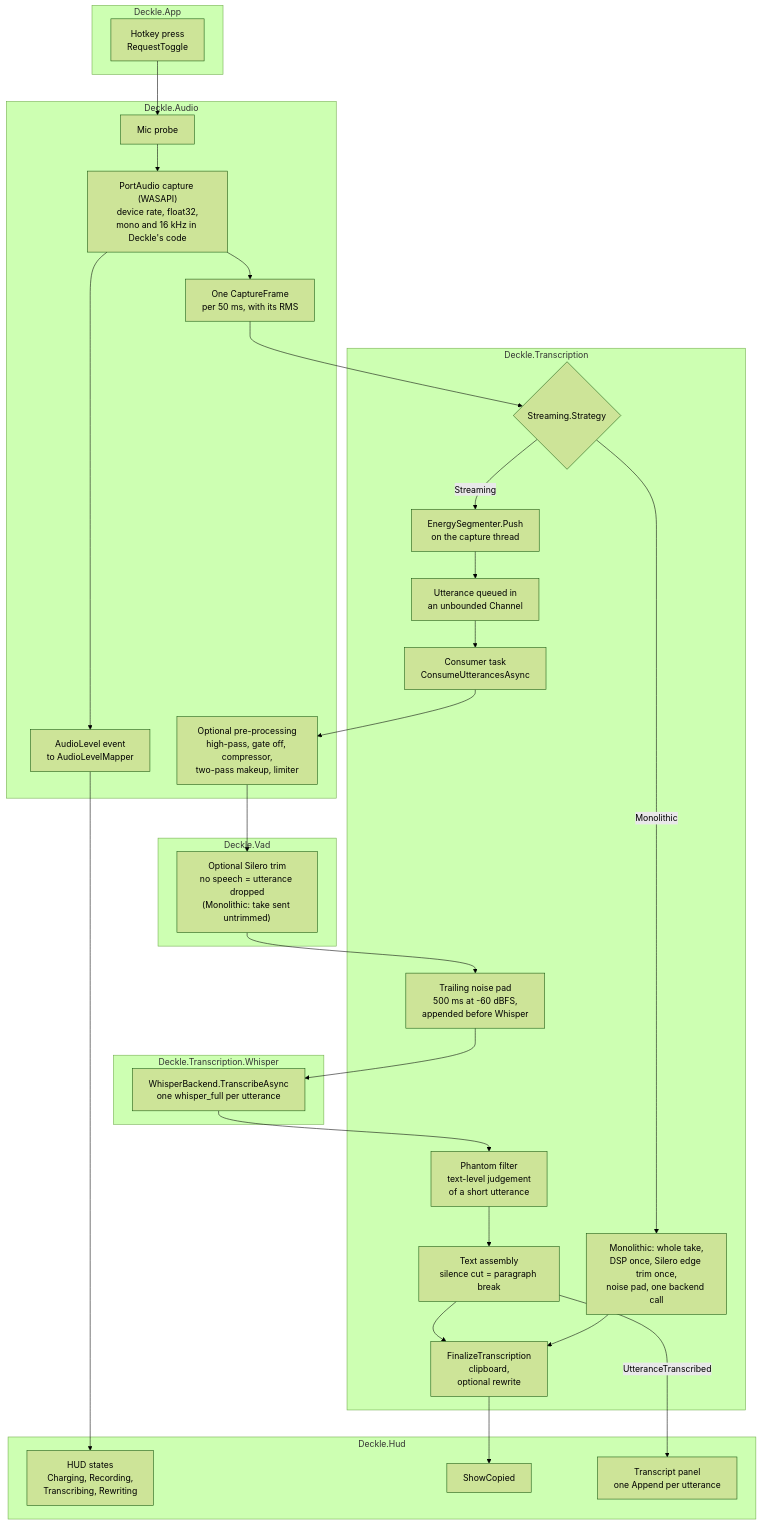
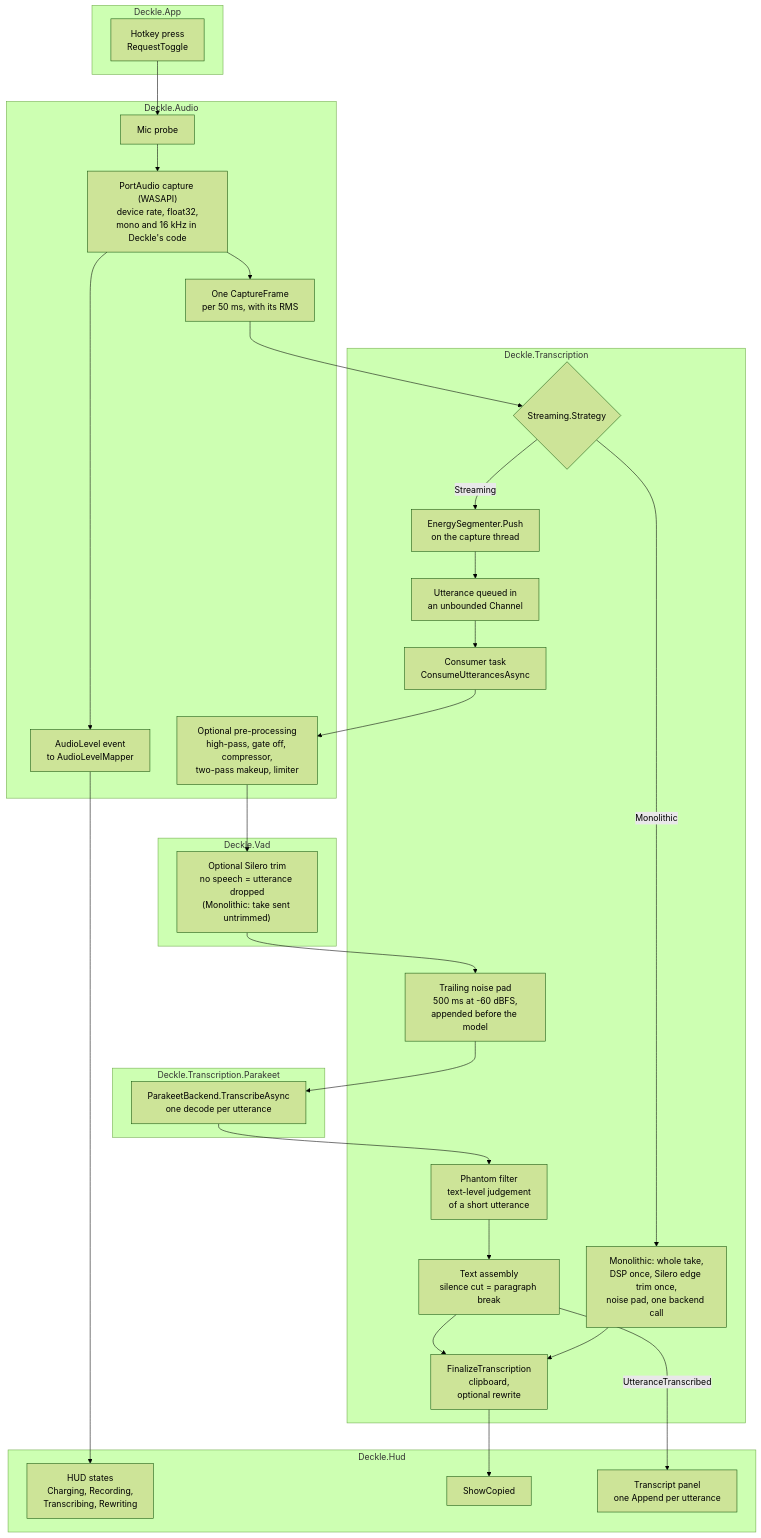
Before and after one commit to louisfifre/deckle: the first of 3 diagrams in docs/transcription-audio-chain.md, drawn with Mermaid (forest theme). The commit also changed other lines of this file and 25 other files, not shown here.

First line of the commit message:
chore(scripts): drop the whisper.cpp tooling and describe Parakeet as the only engine

````diff
--- a/docs/transcription-audio-chain.md
+++ b/docs/transcription-audio-chain.md
@@ -36,48 +36,48 @@
 ```mermaid
 flowchart TD
     subgraph APP["Deckle.App"]
         HK["Hotkey press<br/>RequestToggle"]
     end
 
     subgraph AUDIO["Deckle.Audio"]
         PROBE["Mic probe"]
         CAP["PortAudio capture (WASAPI)<br/>device rate, float32,<br/>mono and 16 kHz in Deckle's code"]
         FRAME["One CaptureFrame<br/>per 50 ms, with its RMS"]
         LEVEL["AudioLevel event<br/>to AudioLevelMapper"]
         DSP["Optional pre-processing<br/>high-pass, gate off, compressor,<br/>two-pass makeup, limiter"]
     end
 
     subgraph TRANS["Deckle.Transcription"]
         FORK{"Streaming.Strategy"}
         SEG["EnergySegmenter.Push<br/>on the capture thread"]
         CHAN["Utterance queued in<br/>an unbounded Channel"]
         CONS["Consumer task<br/>ConsumeUtterancesAsync"]
-        PAD["Trailing noise pad<br/>500 ms at -60 dBFS,<br/>appended before Whisper"]
+        PAD["Trailing noise pad<br/>500 ms at -60 dBFS,<br/>appended before the model"]
         PHANTOM["Phantom filter<br/>text-level judgement<br/>of a short utterance"]
         ASSEMBLE["Text assembly<br/>silence cut = paragraph break"]
         MONO["Monolithic: whole take,<br/>DSP once, Silero edge trim once,<br/>noise pad, one backend call"]
         FIN["FinalizeTranscription<br/>clipboard,<br/>optional rewrite"]
     end
 
     subgraph VAD["Deckle.Vad"]
         TRIM["Optional Silero trim<br/>no speech = utterance dropped<br/>(Monolithic: take sent untrimmed)"]
     end
 
-    subgraph WHISPER["Deckle.Transcription.Whisper"]
-        ASR["WhisperBackend.TranscribeAsync<br/>one whisper_full per utterance"]
+    subgraph PARAKEET["Deckle.Transcription.Parakeet"]
+        ASR["ParakeetBackend.TranscribeAsync<br/>one decode per utterance"]
     end
 
     subgraph HUDM["Deckle.Hud"]
         HUD["HUD states<br/>Charging, Recording,<br/>Transcribing, Rewriting"]
         OUT["ShowCopied"]
         PANEL["Transcript panel<br/>one Append per utterance"]
     end
 
     HK --> PROBE --> CAP --> FRAME --> FORK
     CAP --> LEVEL --> HUD
     FORK -- Streaming --> SEG --> CHAN --> CONS
     CONS --> DSP --> TRIM --> PAD --> ASR --> PHANTOM --> ASSEMBLE --> FIN
     ASSEMBLE -- UtteranceTranscribed --> PANEL
     FORK -- Monolithic --> MONO --> FIN
     FIN --> OUT
 ```
````
